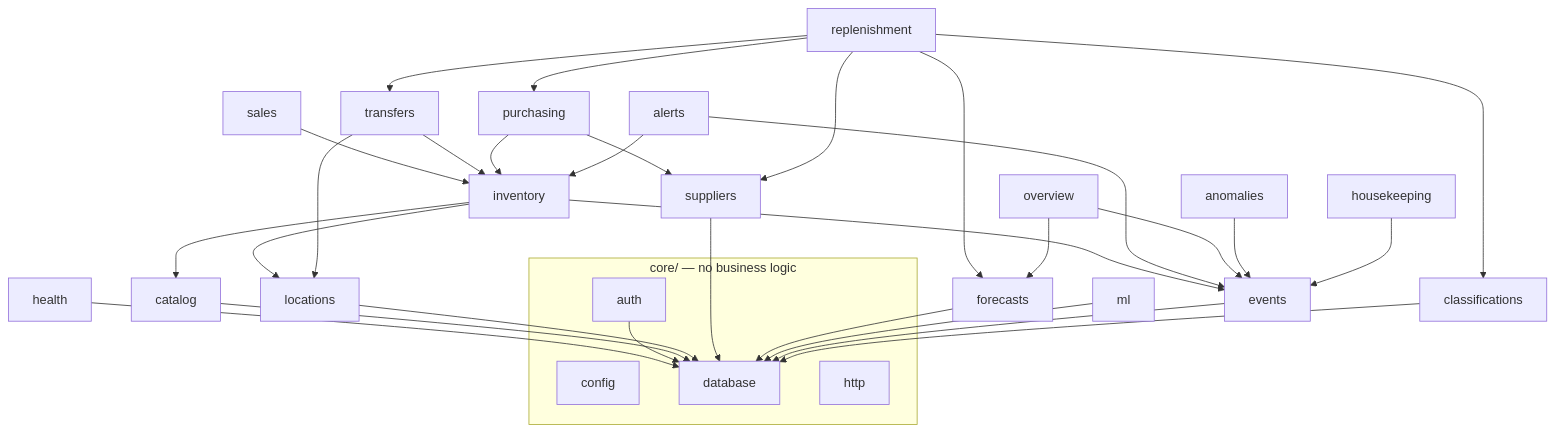
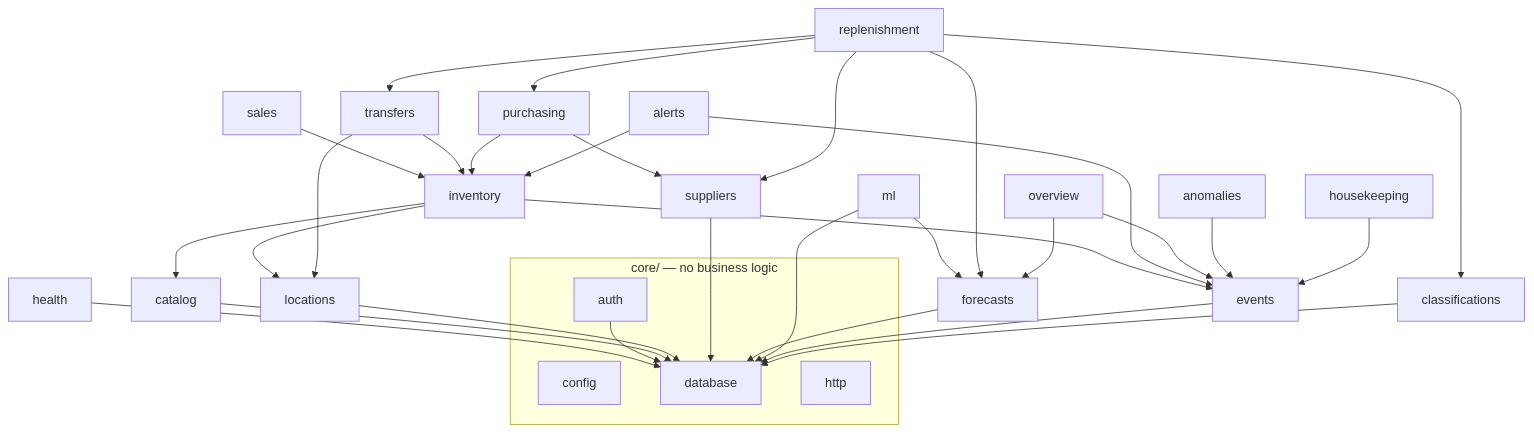
One commit to Hirockpaul/RetailPulse changed the second of 6 diagrams in docs/ARCHITECTURE.md. Above: the diagram before and after it, drawn with Mermaid. The commit also changed other lines of this file and 16 other files, not shown here.

````diff
--- a/docs/ARCHITECTURE.md
+++ b/docs/ARCHITECTURE.md
@@ -69,24 +69,24 @@
 ```mermaid
 flowchart TB
   subgraph core[core/ — no business logic]
     config & database & http & auth
   end
   health --> database
   auth --> database
   catalog --> database
   locations --> database
   inventory --> catalog & locations & events
   sales --> inventory
   transfers --> inventory & locations
   purchasing --> inventory & suppliers
   suppliers --> database
   forecasts --> database
-  ml --> database
+  ml --> database & forecasts
   replenishment --> forecasts & purchasing & transfers & suppliers & classifications
   events --> database
   alerts --> events & inventory
   overview --> forecasts & events
   anomalies --> events
   classifications --> database
   housekeeping --> events
 ```
````
